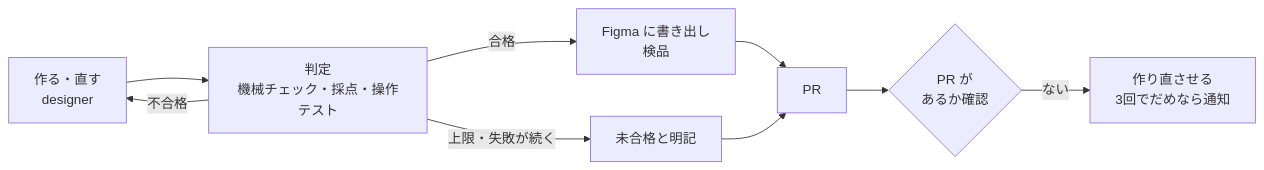
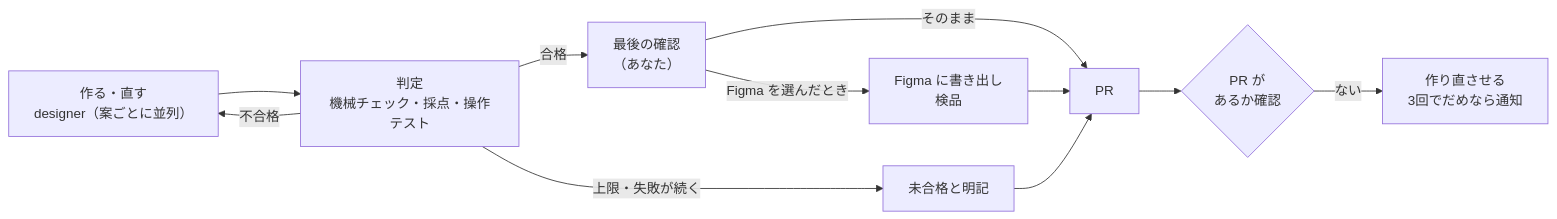
The third of 3 diagrams in README.md (monkeikawashima/tanren), drawn with Mermaid before and after one commit. The commit also changed other lines of this file and 17 other files, not shown here.

````diff
--- a/README.md
+++ b/README.md
@@ -256,11 +261,13 @@
 ```mermaid
 flowchart LR
-    A["作る・直す<br>designer"] --> B["判定<br>機械チェック・採点・操作テスト"]
+    A["作る・直す<br>designer（案ごとに並列）"] --> B["判定<br>機械チェック・採点・操作テスト"]
     B -- "不合格" --> A
-    B -- "合格" --> C["Figma に書き出し<br>検品"]
+    B -- "合格" --> R["最後の確認<br>（あなた）"]
+    R -- "Figma を選んだとき" --> C["Figma に書き出し<br>検品"]
+    R -- "そのまま" --> D
     B -- "上限・失敗が続く" --> E["未合格と明記"]
     C --> D["PR"]
     E --> D
     D --> F{"PR が<br>あるか確認"}
     F -- "ない" --> G["作り直させる<br>3回でだめなら通知"]
 ```
````
